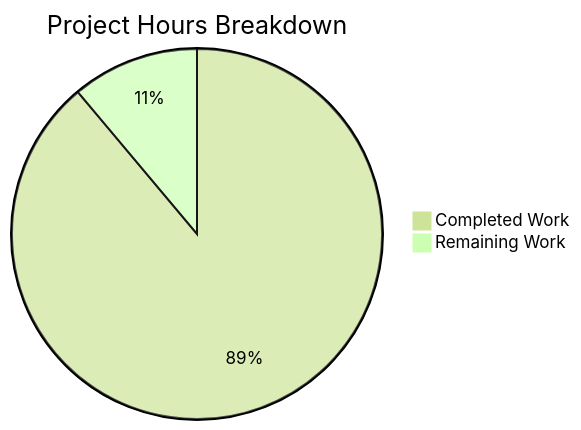
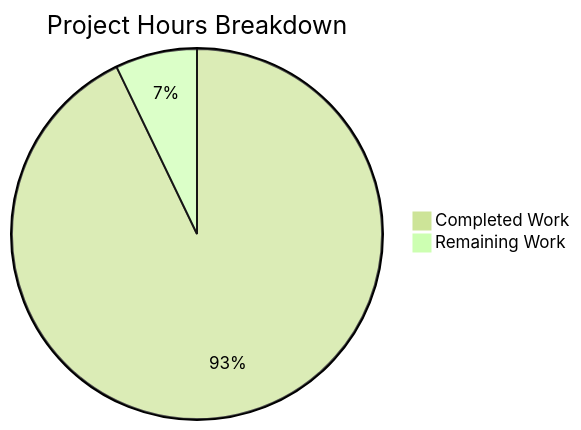
Before and after one commit to hardik-blitzy/react-todo-app: the first of 2 diagrams in blitzy/documentation/Project Guide.md, drawn with Mermaid (forest theme). The commit also changed other lines of this file, not shown here.

Commit message:
Adding Blitzy Project Guide: Project Status and Human Tasks Remaining

````diff
--- a/blitzy/documentation/Project Guide.md
+++ b/blitzy/documentation/Project Guide.md
@@ -95,5 +101,5 @@
 ```mermaid
 pie title Project Hours Breakdown
-    "Completed Work" : 24
-    "Remaining Work" : 3
+    "Completed Work" : 26
+    "Remaining Work" : 2
 ```
````
